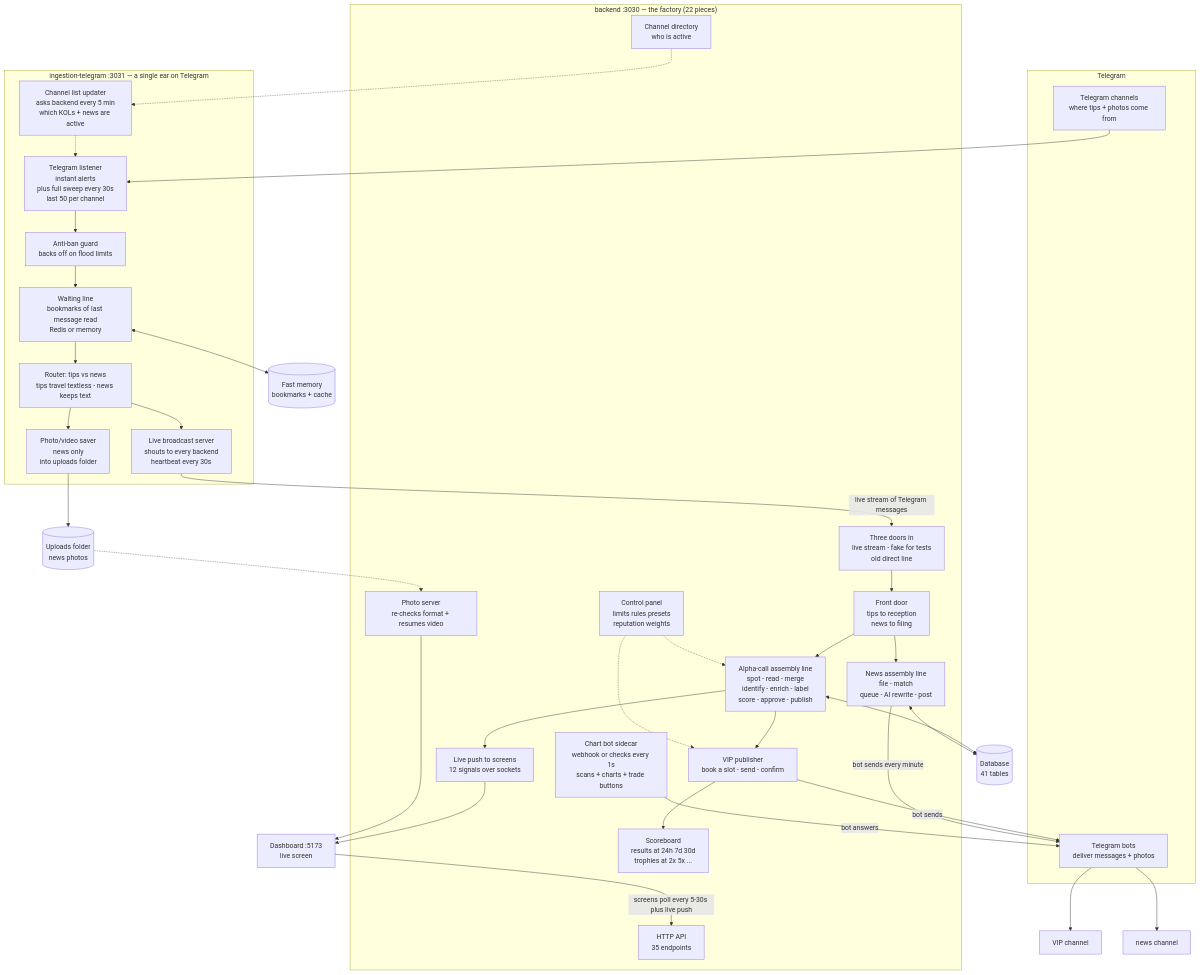
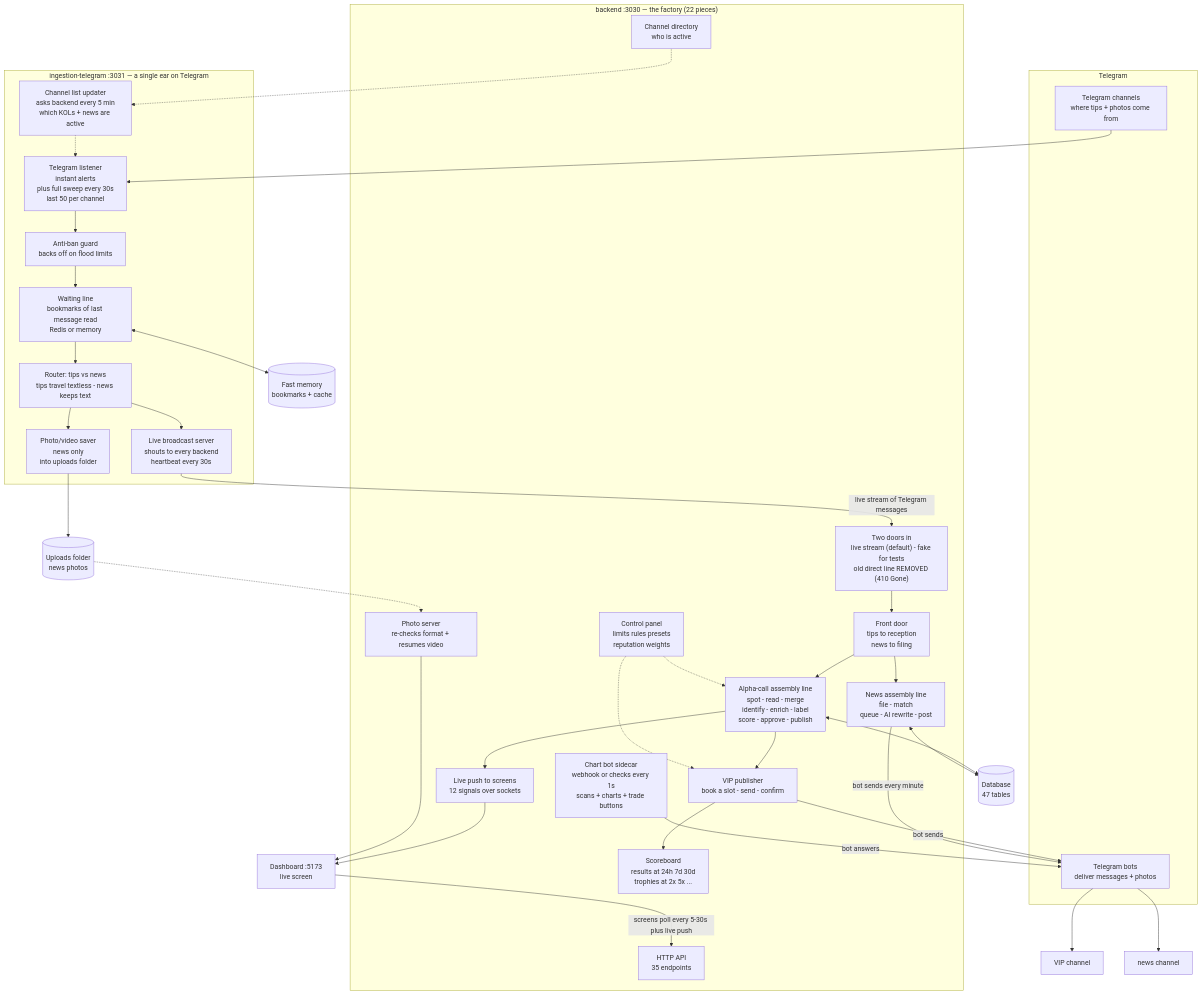
Before and after one commit to bryanstevensacosta/onchain-bot: the first of 5 diagrams in README.md, drawn with Mermaid. The commit also changed other lines of this file and 453 other files, not shown here.

````diff
--- a/README.md
+++ b/README.md
@@ -89,59 +89,59 @@
 ```mermaid
 flowchart TB
     subgraph TG["Telegram"]
         MT["Telegram channels<br/>where tips + photos come from"]
         BOT["Telegram bots<br/>deliver messages + photos"]
     end
 
     subgraph ING["ingestion-telegram :3031 — a single ear on Telegram"]
         CHPROV["Channel list updater<br/>asks backend every 5 min<br/>which KOLs + news are active"]
         LIS["Telegram listener<br/>instant alerts<br/>plus full sweep every 30s<br/>last 50 per channel"]
         SAFE["Anti-ban guard<br/>backs off on flood limits"]
         Q["Waiting line<br/>bookmarks of last message read<br/>Redis or memory"]
         COORD["Router: tips vs news<br/>tips travel textless - news keeps text"]
         MEDIA["Photo/video saver<br/>news only<br/>into uploads folder"]
         SSE["Live broadcast server<br/>shouts to every backend<br/>heartbeat every 30s"]
     end
 
     subgraph BE["backend :3030 — the factory (22 pieces)"]
-        MODE["Three doors in<br/>live stream - fake for tests<br/>old direct line"]
+        MODE["Two doors in<br/>live stream (default) - fake for tests<br/>old direct line REMOVED (410 Gone)"]
         ICOORD["Front door<br/>tips to reception<br/>news to filing"]
         PIPE["Alpha-call assembly line<br/>spot - read - merge<br/>identify - enrich - label<br/>score - approve - publish"]
         NEWSP["News assembly line<br/>file - match<br/>queue - AI rewrite - post"]
         PUBL["VIP publisher<br/>book a slot - send - confirm"]
         TRK["Scoreboard<br/>results at 24h 7d 30d<br/>trophies at 2x 5x ..."]
         DEX["Chart bot sidecar<br/>webhook or checks every 1s<br/>scans + charts + trade buttons"]
         WS["Live push to screens<br/>12 signals over sockets"]
         CFG["Control panel<br/>limits rules presets<br/>reputation weights"]
         IDS["Channel directory<br/>who is active"]
         MSRV["Photo server<br/>re-checks format + resumes video"]
         API["HTTP API<br/>35 endpoints"]
     end
 
-    DB[(Database<br/>41 tables)]
+    DB[(Database<br/>47 tables)]
     REDIS[(Fast memory<br/>bookmarks + cache)]
     UPL[(Uploads folder<br/>news photos)]
     FE["Dashboard :5173<br/>live screen"]
 
     MT --> LIS
     LIS --> SAFE --> Q --> COORD
     COORD --> MEDIA --> UPL
     COORD --> SSE
     CHPROV -.-> LIS
     IDS -.-> CHPROV
     SSE -- "live stream of Telegram messages" --> MODE --> ICOORD
     ICOORD --> PIPE --> PUBL
     ICOORD --> NEWSP
     PUBL --> TRK
     CFG -.-> PIPE
     CFG -.-> PUBL
     PIPE --> WS --> FE
     PUBL -- "bot sends" --> BOT --> VIP["VIP channel"]
     NEWSP -- "bot sends every minute" --> BOT --> NCH["news channel"]
     DEX -- "bot answers" --> BOT
     PIPE <--> DB
     NEWSP <--> DB
     Q <--> REDIS
     UPL -.-> MSRV --> FE
     FE -- "screens poll every 5-30s plus live push" --> API
 ```
````
